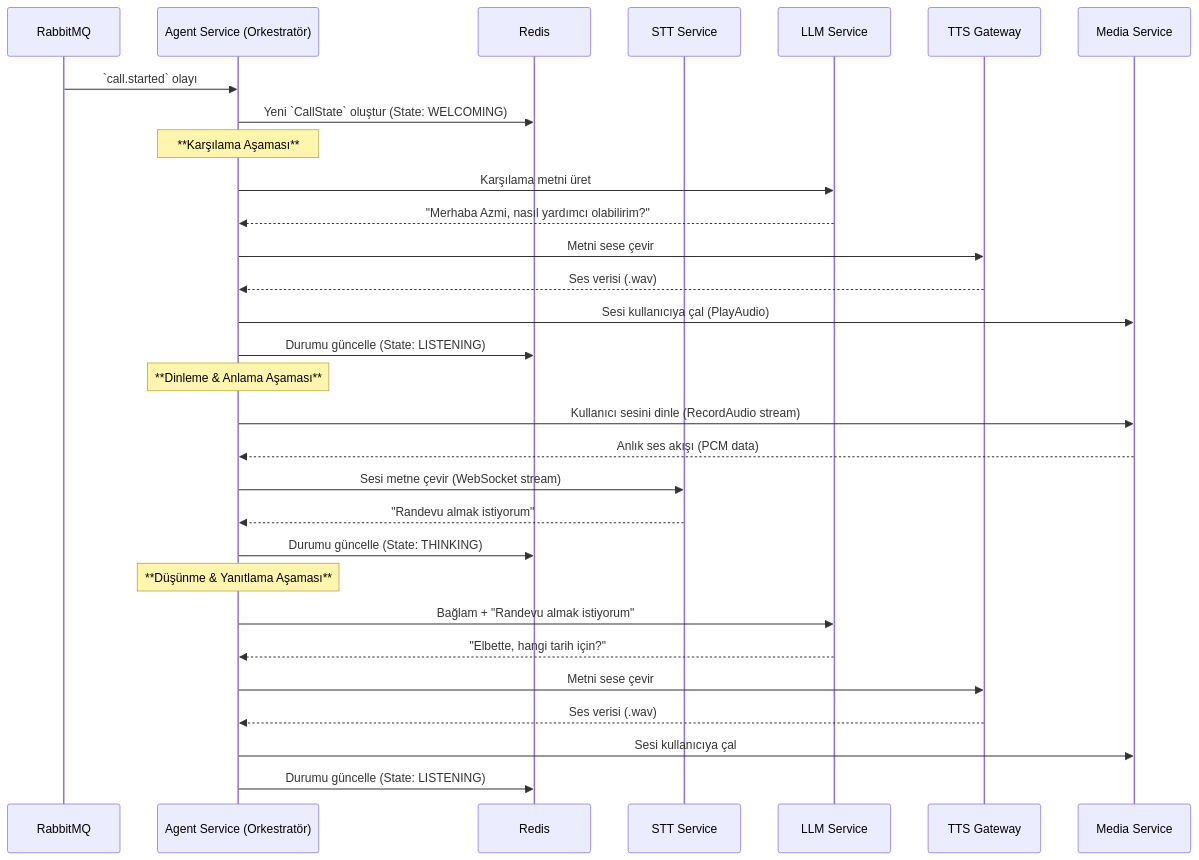
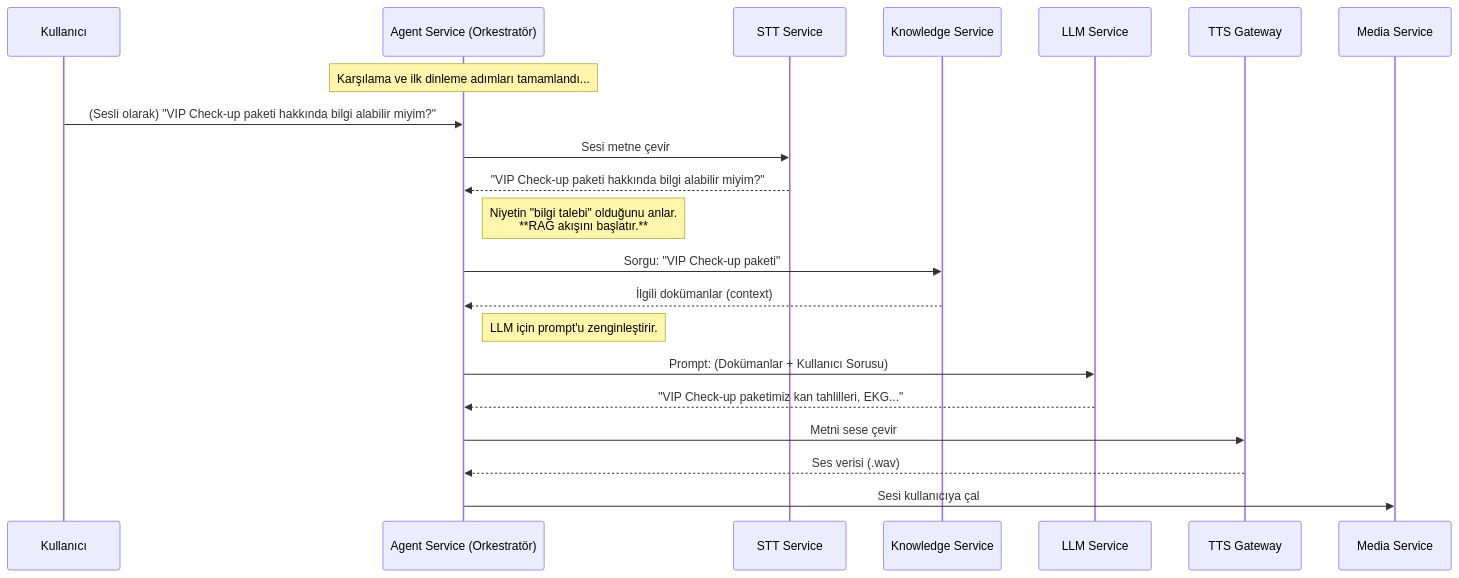
Before and after one commit to sentiric/sentiric-agent-service: the diagram in LOGIC.md, drawn with Mermaid. The commit also changed other lines of this file, not shown here.

Commit message:
docİ logic update

````diff
--- a/LOGIC.md
+++ b/LOGIC.md
@@ -32,36 +32,32 @@
 ```mermaid
 sequenceDiagram
-    participant RabbitMQ
+    participant User as Kullanıcı
     participant AgentService as Agent Service (Orkestratör)
-    participant Redis
     participant STTService as STT Service
+    participant KnowledgeService as Knowledge Service
     participant LLMService as LLM Service
     participant TTSGateway as TTS Gateway
     participant MediaService as Media Service
 
-    RabbitMQ->>AgentService: `call.started` olayı
-    AgentService->>Redis: Yeni `CallState` oluştur (State: WELCOMING)
+    Note over AgentService: Karşılama ve ilk dinleme adımları tamamlandı...
+
+    User->>AgentService: (Sesli olarak) "VIP Check-up paketi hakkında bilgi alabilir miyim?"
+
+    AgentService->>STTService: Sesi metne çevir
+    STTService-->>AgentService: "VIP Check-up paketi hakkında bilgi alabilir miyim?"
+
+    Note right of AgentService: Niyetin "bilgi talebi" olduğunu anlar. <br> **RAG akışını başlatır.**
     
-    Note over AgentService: **Karşılama Aşaması**
-    AgentService->>LLMService: Karşılama metni üret
-    LLMService-->>AgentService: "Merhaba Azmi, nasıl yardımcı olabilirim?"
+    AgentService->>KnowledgeService: Sorgu: "VIP Check-up paketi"
+    KnowledgeService-->>AgentService: İlgili dokümanlar (context)
+
+    Note right of AgentService: LLM için prompt'u zenginleştirir.
+
+    AgentService->>LLMService: Prompt: (Dokümanlar + Kullanıcı Sorusu)
+    LLMService-->>AgentService: "VIP Check-up paketimiz kan tahlilleri, EKG..."
+    
     AgentService->>TTSGateway: Metni sese çevir
     TTSGateway-->>AgentService: Ses verisi (.wav)
-    AgentService->>MediaService: Sesi kullanıcıya çal (PlayAudio)
-    AgentService->>Redis: Durumu güncelle (State: LISTENING)
 
-    Note over AgentService: **Dinleme & Anlama Aşaması**
-    AgentService->>MediaService: Kullanıcı sesini dinle (RecordAudio stream)
-    MediaService-->>AgentService: Anlık ses akışı (PCM data)
-    AgentService->>STTService: Sesi metne çevir (WebSocket stream)
-    STTService-->>AgentService: "Randevu almak istiyorum"
-    AgentService->>Redis: Durumu güncelle (State: THINKING)
-
-    Note over AgentService: **Düşünme & Yanıtlama Aşaması**
-    AgentService->>LLMService: Bağlam + "Randevu almak istiyorum"
-    LLMService-->>AgentService: "Elbette, hangi tarih için?"
-    AgentService->>TTSGateway: Metni sese çevir
-    TTSGateway-->>AgentService: Ses verisi (.wav)
     AgentService->>MediaService: Sesi kullanıcıya çal
-    AgentService->>Redis: Durumu güncelle (State: LISTENING)
 ```
````
